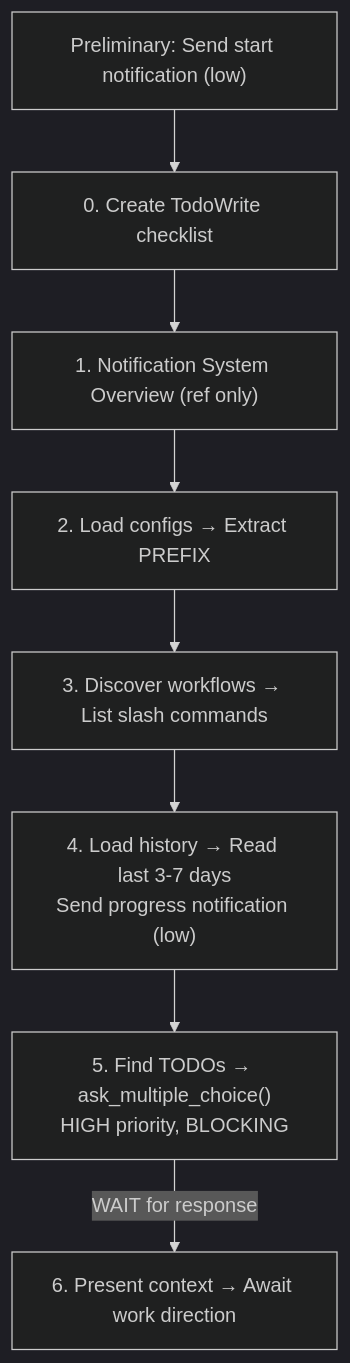
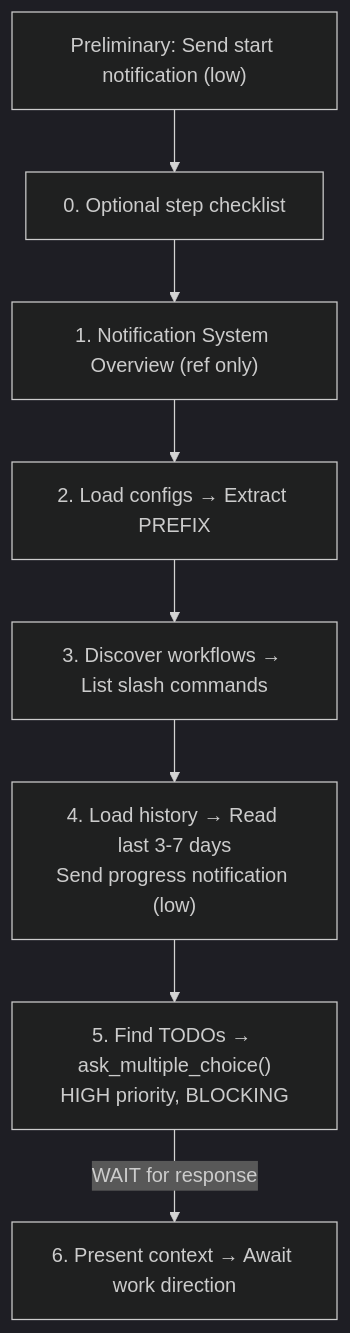
The diagram in workflow/session-start.md (deepily/planning-is-prompting), drawn with Mermaid (dark theme) before and after one commit. The commit also changed other lines of this file and 1 other file, not shown here.

First line of the commit message:
[PLAN] TodoWrite sweep, part 1: task-store-discipline section 3 is store-only, session-start's checklist is optional

````diff
--- a/workflow/session-start.md
+++ b/workflow/session-start.md
@@ -1688,10 +1688,10 @@
 ```mermaid
 flowchart TD
-    P["Preliminary: Send start notification (low)"] --> S0["0. Create TodoWrite checklist"]
+    P["Preliminary: Send start notification (low)"] --> S0["0. Optional step checklist"]
     S0 --> S1["1. Notification System Overview (ref only)"]
     S1 --> S2["2. Load configs → Extract PREFIX"]
     S2 --> S3["3. Discover workflows → List slash commands"]
     S3 --> S4["4. Load history → Read last 3-7 days<br>Send progress notification (low)"]
     S4 --> S5["5. Find TODOs → ask_multiple_choice()<br>HIGH priority, BLOCKING"]
     S5 -->|WAIT for response| S6["6. Present context → Await work direction"]
 ```
````
